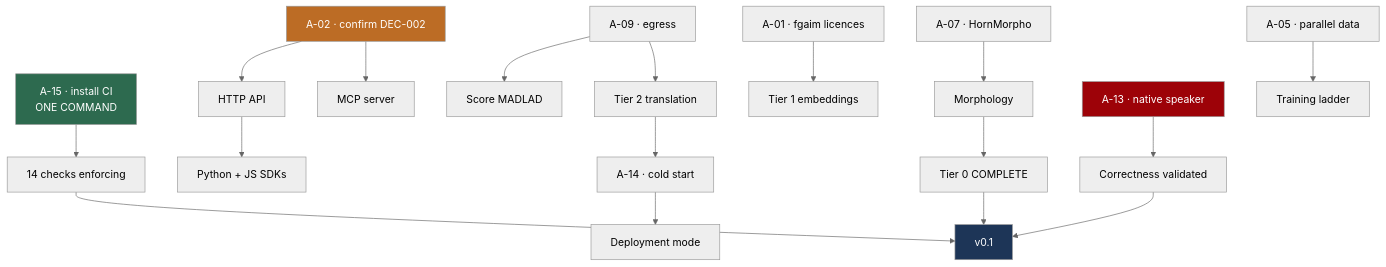
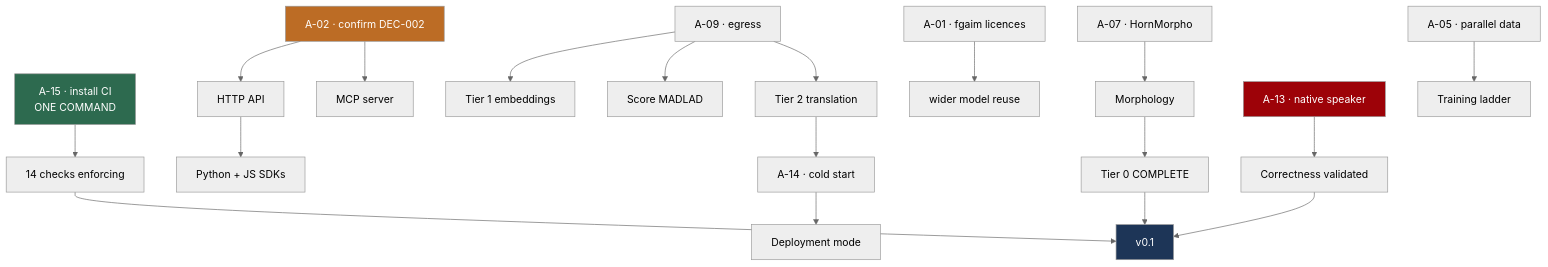
The diagram in docs/roadmap/READINESS_PLAN.md (abugassim8/Tigrigna-Intelligence), drawn with Mermaid (neutral theme) before and after one commit. The commit also changed other lines of this file and 14 other files, not shown here.

````diff
--- a/docs/roadmap/READINESS_PLAN.md
+++ b/docs/roadmap/READINESS_PLAN.md
@@ -80,24 +80,25 @@
 ```mermaid
 graph TD
     A15["A-15 · install CI<br/>ONE COMMAND"] --> ENF["14 checks enforcing"]
     A02["A-02 · confirm DEC-002"] --> API["HTTP API"]
     A02 --> MCP["MCP server"]
     API --> SDK["Python + JS SDKs"]
-    A01["A-01 · fgaim licences"] --> T1["Tier 1 embeddings"]
+    A09 --> T1["Tier 1 embeddings"]
+    A01["A-01 · fgaim licences"] --> REUSE["wider model reuse"]
     A09["A-09 · egress"] --> MADLAD["Score MADLAD"]
     A09 --> T2["Tier 2 translation"]
     T2 --> A14["A-14 · cold start"]
     A14 --> DEPLOY["Deployment mode"]
     A07["A-07 · HornMorpho"] --> MORPH["Morphology"]
     MORPH --> MVP["Tier 0 COMPLETE"]
     A13["A-13 · native speaker"] --> CORRECT["Correctness validated"]
     CORRECT --> V01["v0.1"]
     MVP --> V01
     ENF --> V01
     A05["A-05 · parallel data"] --> TRAIN["Training ladder"]
 
     style A15 fill:#2d6a4f,color:#fff
     style A13 fill:#9d0208,color:#fff
     style V01 fill:#1d3557,color:#fff
     style A02 fill:#bc6c25,color:#fff
 ```
````
